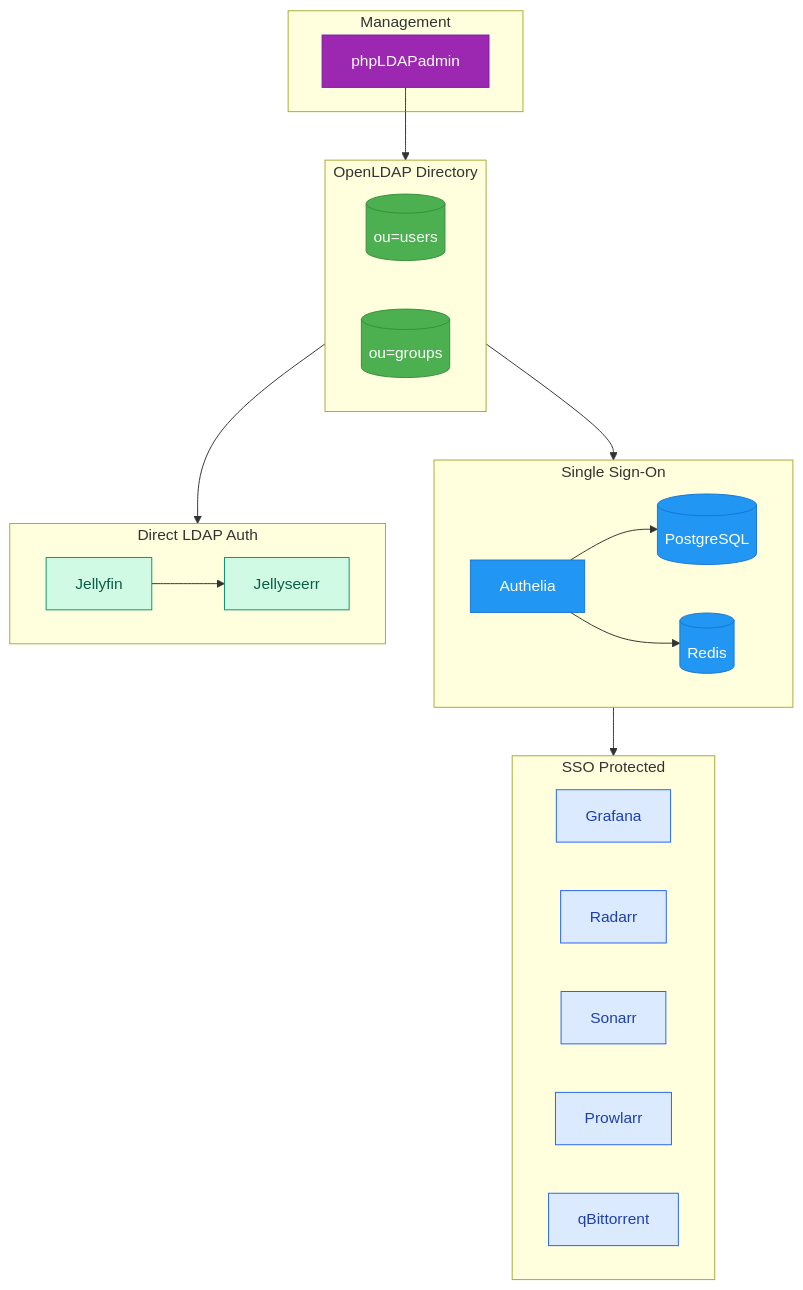
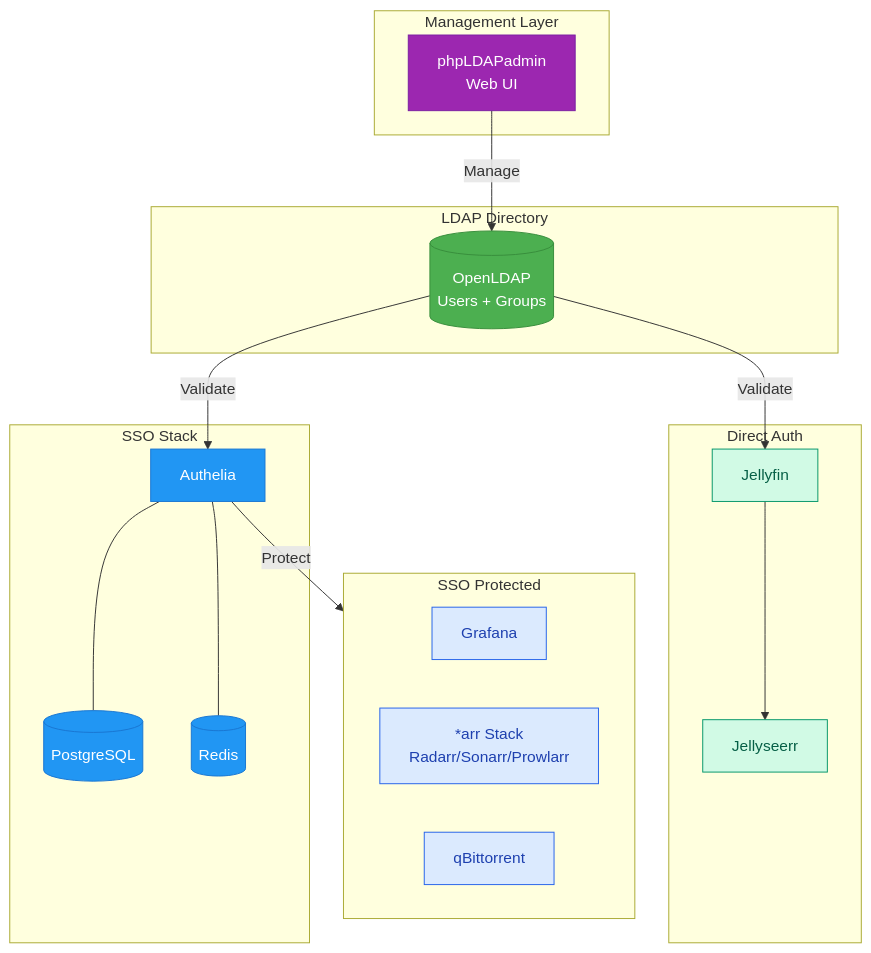
The first of 4 diagrams in docs-site/src/content/docs/guides/ldap.mdx (Mykyta-Home-Server/homeserver), drawn with Mermaid before and after one commit. The commit also changed other lines of this file and 2 other files, not shown here.

First line of the commit message:
Redesign all Mermaid diagrams: square layouts with compact labels

````diff
--- a/docs-site/src/content/docs/guides/ldap.mdx
+++ b/docs-site/src/content/docs/guides/ldap.mdx
@@ -12,54 +12,47 @@
 ```mermaid
 flowchart TB
-    subgraph Management
-        phpLDAP[phpLDAPadmin]
+    subgraph mgmt[Management Layer]
+        phpLDAP[phpLDAPadmin<br/>Web UI]
     end
 
-    subgraph LDAP[OpenLDAP Directory]
-        direction LR
-        Users[(ou=users)]
-        Groups[(ou=groups)]
+    subgraph ldap[LDAP Directory]
+        LDAP[(OpenLDAP<br/>Users + Groups)]
     end
 
-    subgraph SSO[Single Sign-On]
-        direction LR
+    subgraph sso[SSO Stack]
         Authelia[Authelia]
         PG[(PostgreSQL)]
         Redis[(Redis)]
     end
 
-    subgraph Direct[Direct LDAP Auth]
-        direction LR
+    subgraph direct[Direct Auth]
         Jellyfin[Jellyfin]
         Jellyseerr[Jellyseerr]
     end
 
-    subgraph Protected[SSO Protected]
-        direction LR
+    subgraph protected[SSO Protected]
         Grafana[Grafana]
-        Radarr[Radarr]
-        Sonarr[Sonarr]
-        Prowlarr[Prowlarr]
+        Arr[*arr Stack<br/>Radarr/Sonarr/Prowlarr]
         qBit[qBittorrent]
     end
 
-    phpLDAP --> LDAP
-    LDAP --> Authelia
-    Authelia --> PG
-    Authelia --> Redis
-    LDAP --> Jellyfin
+    phpLDAP -->|Manage| LDAP
+    LDAP -->|Validate| Authelia
+    LDAP -->|Validate| Jellyfin
+    Authelia --- PG
+    Authelia --- Redis
     Jellyfin --> Jellyseerr
-    Authelia --> Protected
+    Authelia -->|Protect| protected
 
-    classDef mgmt fill:#9c27b0,stroke:#7b1fa2,color:#fff
-    classDef ldap fill:#4caf50,stroke:#388e3c,color:#fff
-    classDef sso fill:#2196f3,stroke:#1976d2,color:#fff
-    classDef direct fill:#d1fae5,stroke:#059669,color:#065f46
-    classDef protected fill:#dbeafe,stroke:#2563eb,color:#1e40af
+    classDef mgmtStyle fill:#9c27b0,stroke:#7b1fa2,color:#fff
+    classDef ldapStyle fill:#4caf50,stroke:#388e3c,color:#fff
+    classDef ssoStyle fill:#2196f3,stroke:#1976d2,color:#fff
+    classDef directStyle fill:#d1fae5,stroke:#059669,color:#065f46
+    classDef protectedStyle fill:#dbeafe,stroke:#2563eb,color:#1e40af
 
-    class phpLDAP mgmt
-    class Users,Groups ldap
-    class Authelia,PG,Redis sso
-    class Jellyfin,Jellyseerr direct
-    class Grafana,Radarr,Sonarr,Prowlarr,qBit protected
+    class phpLDAP mgmtStyle
+    class LDAP ldapStyle
+    class Authelia,PG,Redis ssoStyle
+    class Jellyfin,Jellyseerr directStyle
+    class Grafana,Arr,qBit protectedStyle
 ```
````
